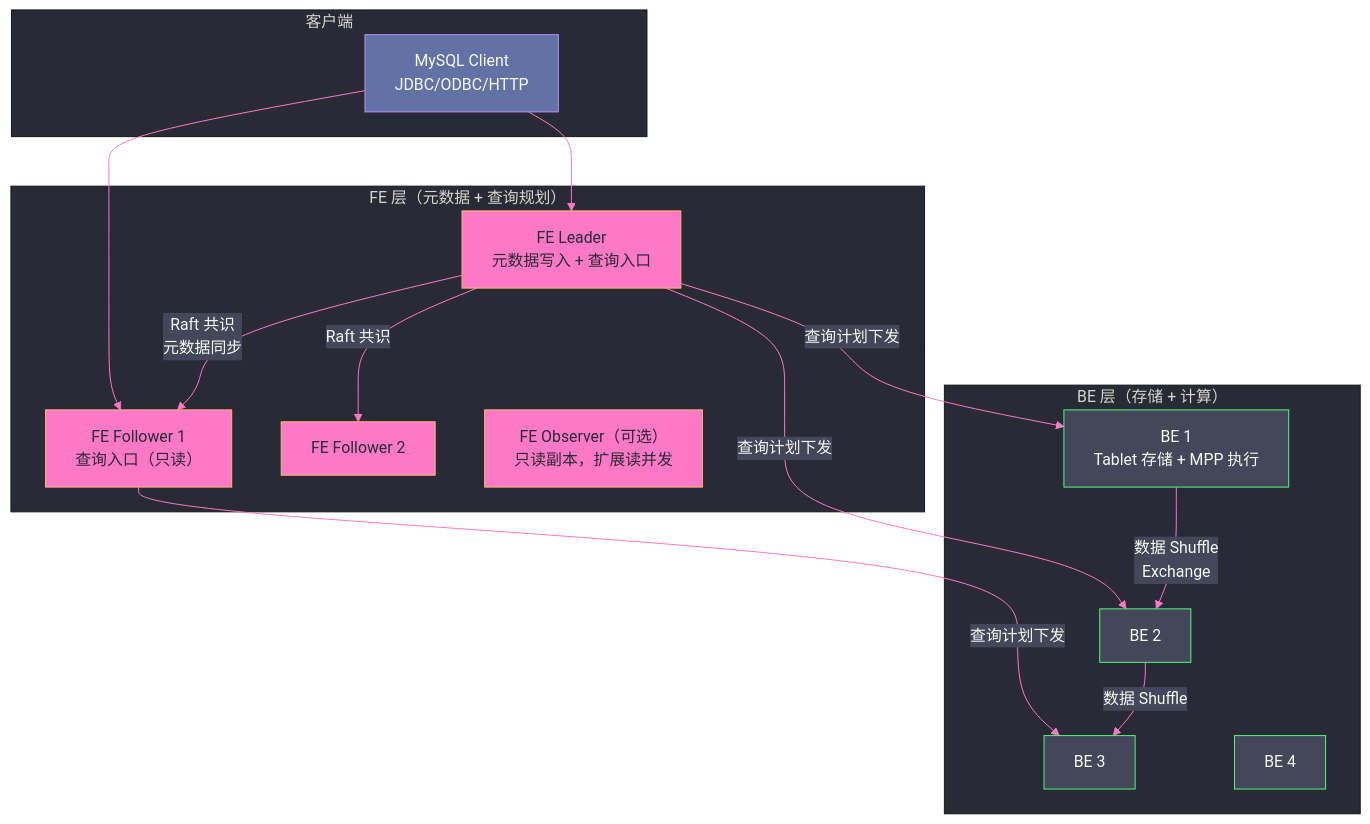
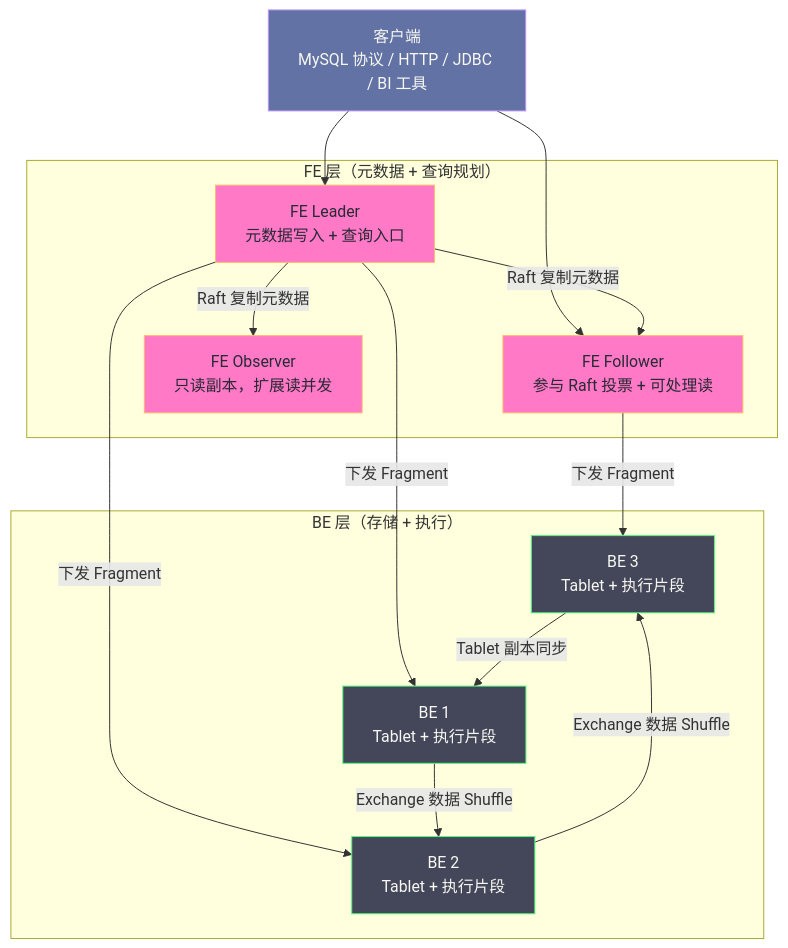
One commit to hpliStartAgain/my-brain changed the first of 2 diagrams in content/中间件/Doris/01 Doris 全局架构——FE BE 分离与 MPP 执行.md. Above: the diagram before and after it, drawn with Mermaid. The commit also changed other lines of this file and 56 other files, not shown here.

````diff
--- a/content/中间件/Doris/01 Doris 全局架构——FE BE 分离与 MPP 执行.md
+++ b/content/中间件/Doris/01 Doris 全局架构——FE BE 分离与 MPP 执行.md
@@ -48,38 +71,35 @@
 ```mermaid
-%%{init: {'theme': 'base', 'themeVariables': {'primaryColor': '#6272a4', 'primaryTextColor': '#f8f8f2', 'primaryBorderColor': '#bd93f9', 'lineColor': '#ff79c6', 'secondaryColor': '#44475a', 'tertiaryColor': '#282a36'}}}%%
+%%{init: {'theme': 'dracula'}}%%
 graph TD
-    subgraph "客户端"
-        CLI["MySQL Client</br>JDBC/ODBC/HTTP"]
+    CLI["客户端<br/>MySQL 协议 / HTTP / JDBC / BI 工具"]
+
+    subgraph FE["FE 层（元数据 + 查询规划）"]
+        LEADER["FE Leader<br/>元数据写入 + 查询入口"]
+        FOLLOWER["FE Follower<br/>参与 Raft 投票 + 可处理读"]
+        OBSERVER["FE Observer<br/>只读副本，扩展读并发"]
     end
 
-    subgraph "FE 层（元数据 + 查询规划）"
-        FE_L["FE Leader</br>元数据写入 + 查询入口"]
-        FE_F1["FE Follower 1</br>查询入口（只读）"]
-        FE_F2["FE Follower 2"]
-        FE_O["FE Observer（可选）</br>只读副本，扩展读并发"]
+    subgraph BE["BE 层（存储 + 执行）"]
+        BE1["BE 1<br/>Tablet + 执行片段"]
+        BE2["BE 2<br/>Tablet + 执行片段"]
+        BE3["BE 3<br/>Tablet + 执行片段"]
     end
 
-    subgraph "BE 层（存储 + 计算）"
-        BE1["BE 1</br>Tablet 存储 + MPP 执行"]
-        BE2["BE 2"]
-        BE3["BE 3"]
-        BE4["BE 4"]
-    end
+    CLI --> LEADER
+    CLI --> FOLLOWER
+    LEADER -- "Raft 复制元数据" --> FOLLOWER
+    LEADER -- "Raft 复制元数据" --> OBSERVER
+    LEADER -- "下发 Fragment" --> BE1
+    LEADER -- "下发 Fragment" --> BE2
+    FOLLOWER -- "下发 Fragment" --> BE3
+    BE1 -- "Exchange 数据 Shuffle" --> BE2
+    BE2 -- "Exchange 数据 Shuffle" --> BE3
+    BE3 -- "Tablet 副本同步" --> BE1
 
-    CLI --> FE_L
-    CLI --> FE_F1
-    FE_L -- "Raft 共识</br>元数据同步" --> FE_F1
-    FE_L -- "Raft 共识" --> FE_F2
-    FE_L -- "查询计划下发" --> BE1
-    FE_L -- "查询计划下发" --> BE2
-    FE_F1 -- "查询计划下发" --> BE3
-    BE1 -- "数据 Shuffle</br>Exchange" --> BE2
-    BE2 -- "数据 Shuffle" --> BE3
-
-    classDef client fill:#6272a4,stroke:#bd93f9,color:#f8f8f2
+    classDef cli fill:#6272a4,stroke:#bd93f9,color:#f8f8f2
     classDef fe fill:#ff79c6,stroke:#ffb86c,color:#282a36
     classDef be fill:#44475a,stroke:#50fa7b,color:#f8f8f2
-    class CLI client
-    class FE_L,FE_F1,FE_F2,FE_O fe
-    class BE1,BE2,BE3,BE4 be
+    class CLI cli
+    class LEADER,FOLLOWER,OBSERVER fe
+    class BE1,BE2,BE3 be
 ```
````
